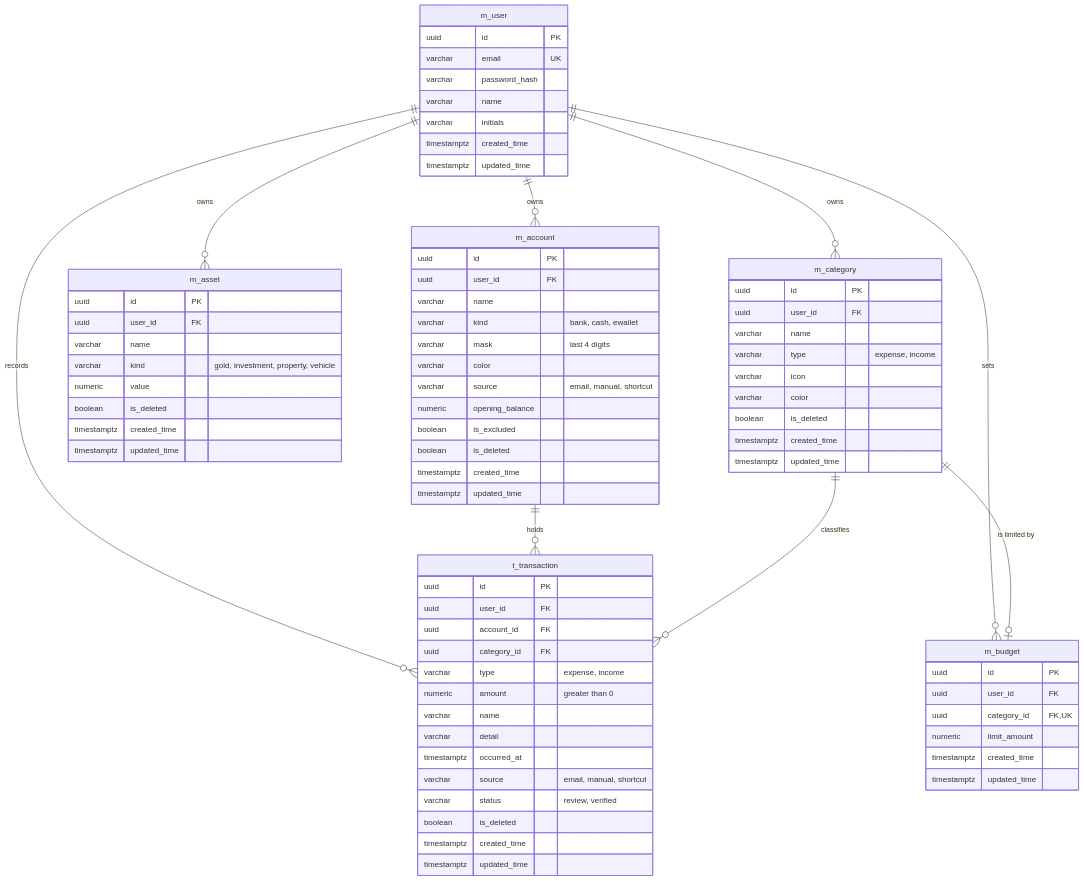
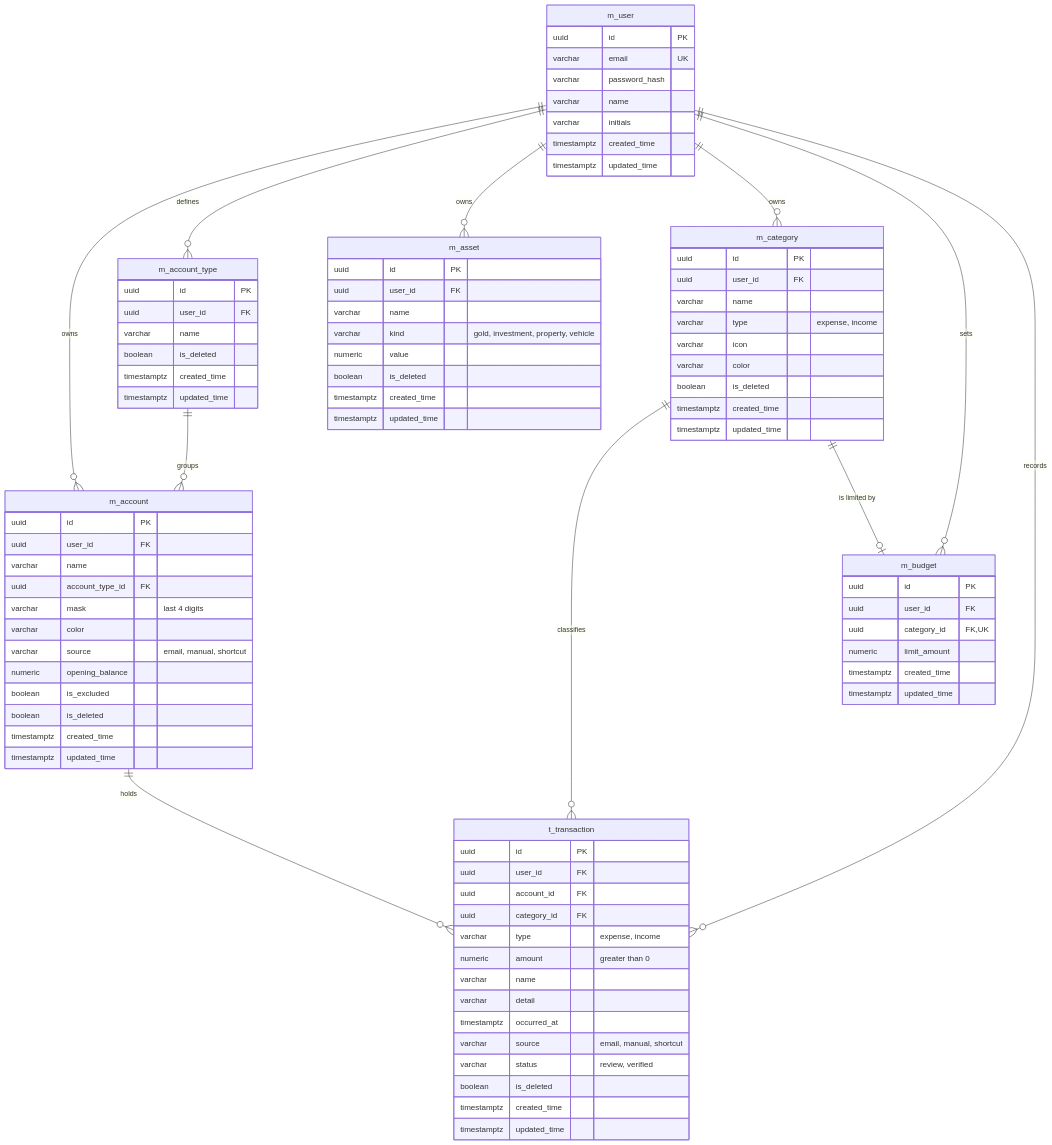
Before and after one commit to rendrooy/Fynlo: the diagram in docs/erd.md, drawn with Mermaid. The commit also changed other lines of this file and 27 other files, not shown here.

First line of the commit message:
feat: implement account and account type management

````diff
--- a/docs/erd.md
+++ b/docs/erd.md
@@ -3,6 +3,8 @@
 ```mermaid
 erDiagram
     m_user ||--o{ m_account : owns
+    m_user ||--o{ m_account_type : defines
+    m_account_type ||--o{ m_account : groups
     m_user ||--o{ m_asset : owns
     m_user ||--o{ m_category : owns
     m_user ||--o{ m_budget : sets
@@ -25,12 +27,21 @@
         uuid id PK
         uuid user_id FK
         varchar name
-        varchar kind "bank, cash, ewallet"
+        uuid account_type_id FK
         varchar mask "last 4 digits"
         varchar color
         varchar source "email, manual, shortcut"
         numeric opening_balance
         boolean is_excluded
+        boolean is_deleted
+        timestamptz created_time
+        timestamptz updated_time
+    }
+
+    m_account_type {
+        uuid id PK
+        uuid user_id FK
+        varchar name
         boolean is_deleted
         timestamptz created_time
         timestamptz updated_time
````
